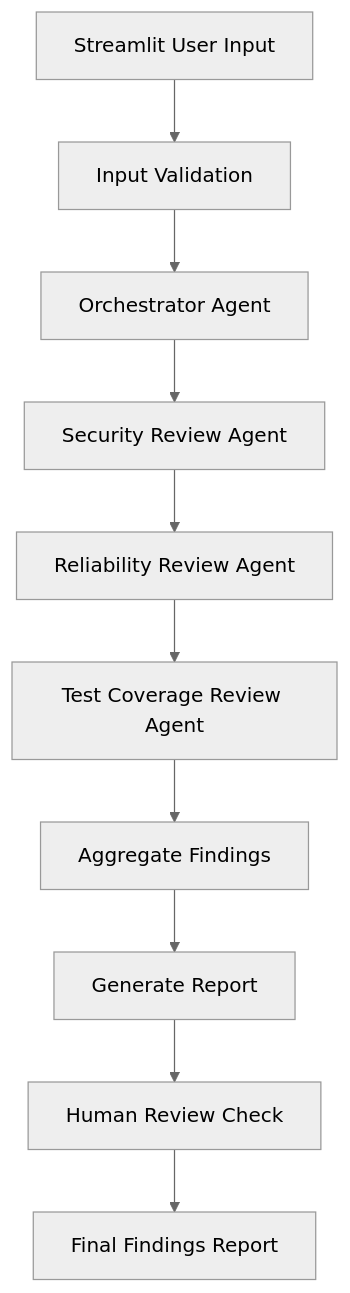
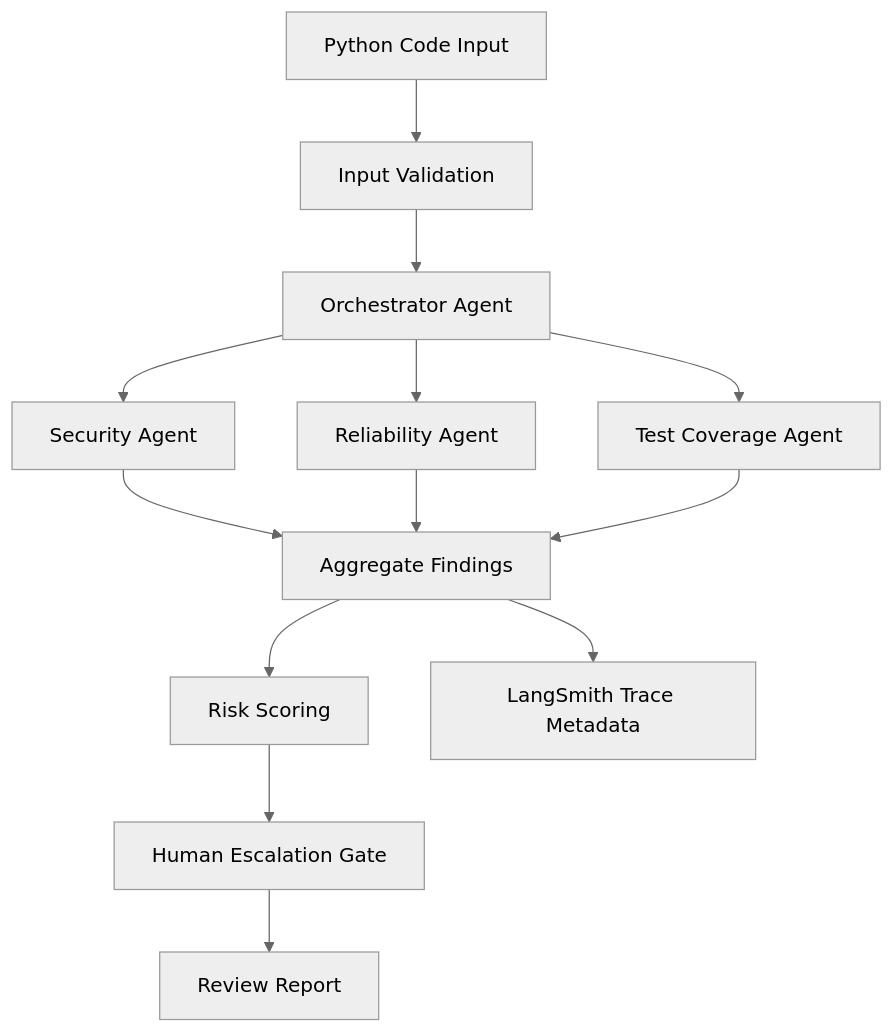
The diagram in README.md (NarmadaPadala/trustlayer-ai), drawn with Mermaid (neutral theme) before and after one commit. The commit also changed other lines of this file and 44 other files, not shown here.

````diff
--- a/README.md
+++ b/README.md
@@ -37,12 +37,15 @@
 ```mermaid
 flowchart TD
-    A[Streamlit User Input] --> B[Input Validation]
+    A[Python Code Input] --> B[Input Validation]
     B --> C[Orchestrator Agent]
-    C --> D[Security Review Agent]
-    D --> E[Reliability Review Agent]
-    E --> F[Test Coverage Review Agent]
-    F --> G[Aggregate Findings]
-    G --> H[Generate Report]
-    H --> I[Human Review Check]
-    I --> J[Final Findings Report]
+    C --> D[Security Agent]
+    C --> E[Reliability Agent]
+    C --> F[Test Coverage Agent]
+    D --> G[Aggregate Findings]
+    E --> G
+    F --> G
+    G --> H[Risk Scoring]
+    H --> I[Human Escalation Gate]
+    I --> J[Review Report]
+    G --> K[LangSmith Trace Metadata]
 ```
````
